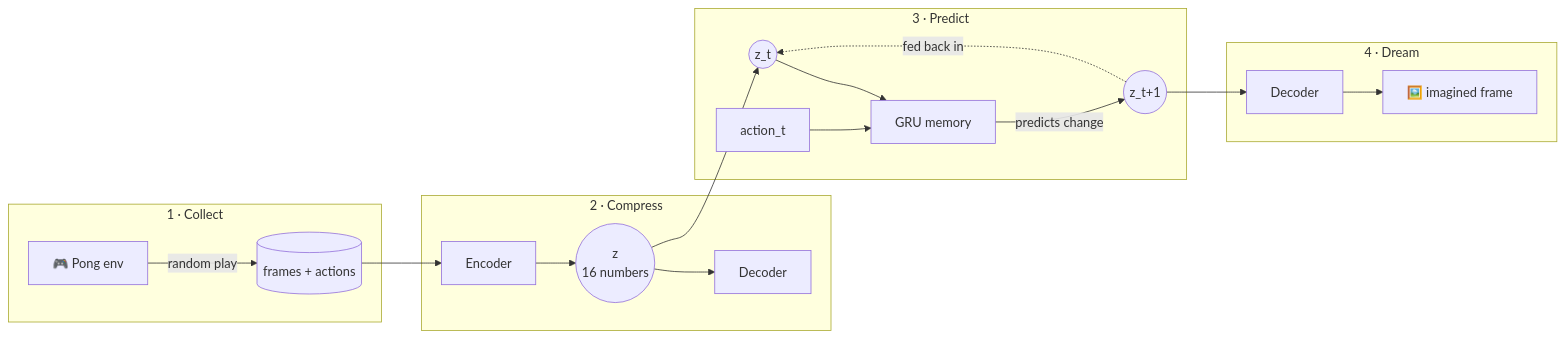
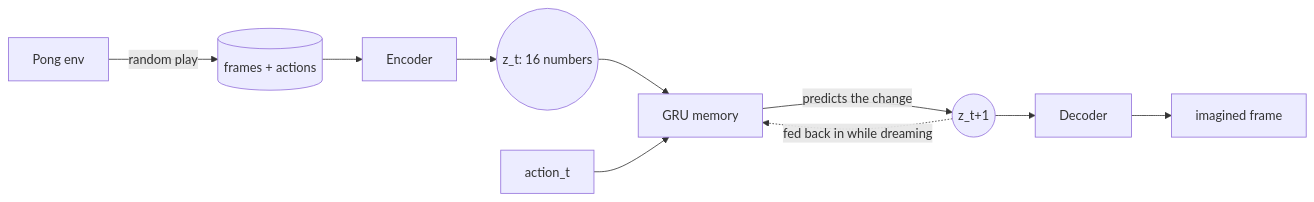
The diagram in README.md (varun00077/PONG-world-model), drawn with Mermaid before and after one commit.

Commit message:
Simplify pipeline diagram so it renders on GitHub

````diff
--- a/README.md
+++ b/README.md
@@ -36,20 +36,12 @@
 ```mermaid
 flowchart LR
-    subgraph Collect["1 · Collect"]
-        G[🎮 Pong env] -->|random play| D[(frames + actions)]
-    end
-    subgraph Compress["2 · Compress"]
-        E[Encoder] --> Z((z<br/>16 numbers)) --> Dec[Decoder]
-    end
-    subgraph Predict["3 · Predict"]
-        Z2((z_t)) --> M[GRU memory]
-        A[action_t] --> M
-        M -->|predicts change| Z3((z_t+1))
-    end
-    subgraph Dream["4 · Dream"]
-        Z3 -.->|fed back in| Z2
-        Z3 --> Dec2[Decoder] --> F[🖼️ imagined frame]
-    end
-    D --> E
-    Z --> Z2
+    G["Pong env"] -->|"random play"| D[("frames + actions")]
+    D --> E["Encoder"]
+    E --> Z(("z_t: 16 numbers"))
+    Z --> M["GRU memory"]
+    A["action_t"] --> M
+    M -->|"predicts the change"| Z2(("z_t+1"))
+    Z2 -.->|"fed back in while dreaming"| M
+    Z2 --> Dec["Decoder"]
+    Dec --> F["imagined frame"]
 ```
````
